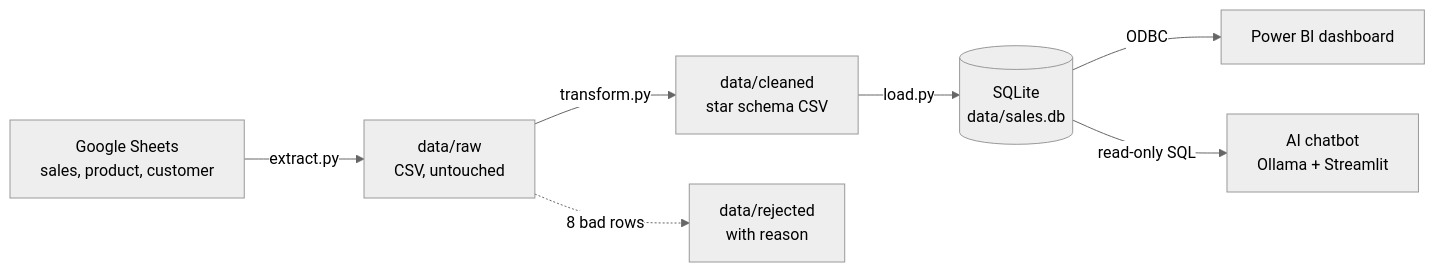
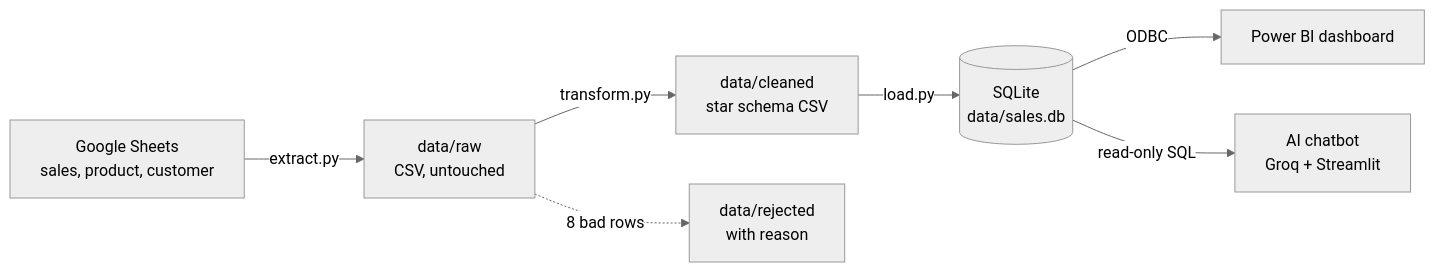
One commit to pragatikamishra/Supply-Planner-Consumer-Assignment-AKI changed the diagram in README.md. Above: the diagram before and after it, drawn with Mermaid (neutral theme). The commit also changed other lines of this file and 4 other files, not shown here.

Commit message:
SalesPilot: use Groq only, remove Ollama

````diff
--- a/README.md
+++ b/README.md
@@ -78,9 +82,9 @@
 ```mermaid
 flowchart LR
     A["Google Sheets<br/>sales, product, customer"] -->|extract.py| B["data/raw<br/>CSV, untouched"]
     B -->|transform.py| C["data/cleaned<br/>star schema CSV"]
     B -.->|8 bad rows| R["data/rejected<br/>with reason"]
     C -->|load.py| D[("SQLite<br/>data/sales.db")]
     D -->|ODBC| E["Power BI dashboard"]
-    D -->|read-only SQL| F["AI chatbot<br/>Ollama + Streamlit"]
+    D -->|read-only SQL| F["AI chatbot<br/>Groq + Streamlit"]
 ```
````
